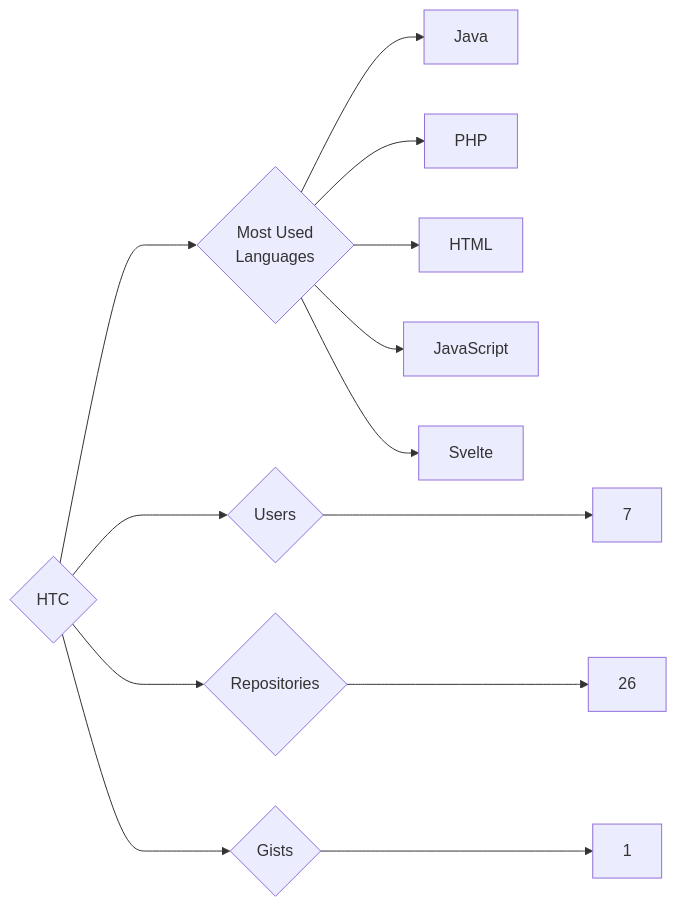
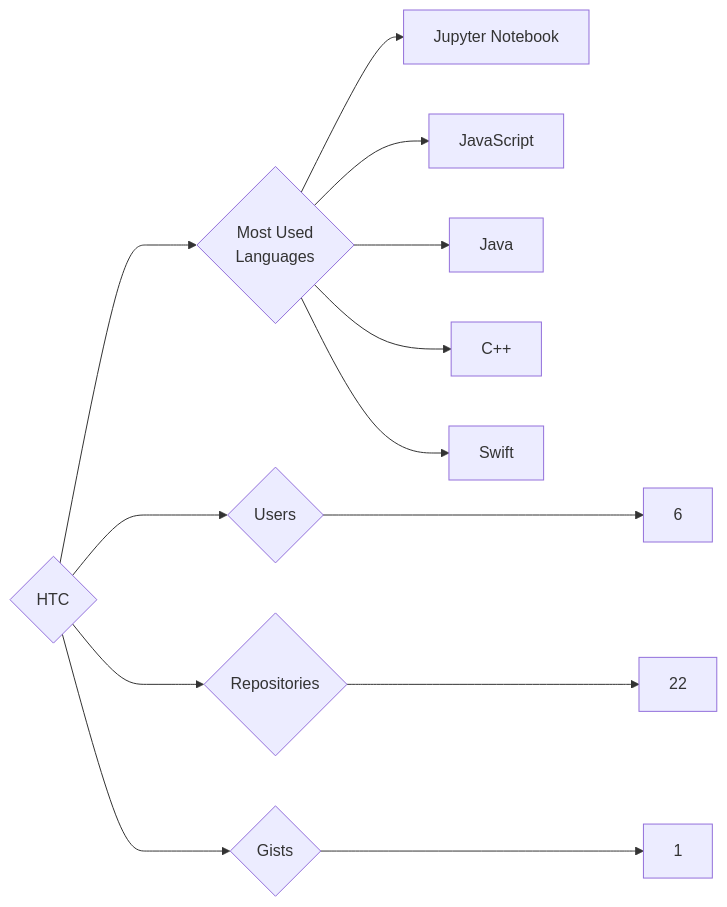
One commit to trickest/insiders changed the diagram in targets/HTC/README.md. Above: the diagram before and after it, drawn with Mermaid. The commit also changed 993 other files, not shown here.

````diff
--- a/targets/HTC/README.md
+++ b/targets/HTC/README.md
@@ -3,13 +3,13 @@
 ```mermaid
 graph LR
 COMPANY_NAME{HTC}
-COMPANY_NAME ---> U{Users} ---> UN[7]
-COMPANY_NAME ---> R{Repositories} ---> RN[26]
+COMPANY_NAME ---> U{Users} ---> UN[6]
+COMPANY_NAME ---> R{Repositories} ---> RN[22]
 COMPANY_NAME ---> G{Gists} ---> GN[1]
 COMPANY_NAME ---> ML{Most Used<br>Languages}
+ML --> Jupyter_Notebook[Jupyter Notebook]
+ML --> JavaScript[JavaScript]
 ML --> Java[Java]
-ML --> PHP[PHP]
-ML --> HTML[HTML]
-ML --> JavaScript[JavaScript]
-ML --> Svelte[Svelte]
+ML --> C++[C++]
+ML --> Swift[Swift]
 ```
````
